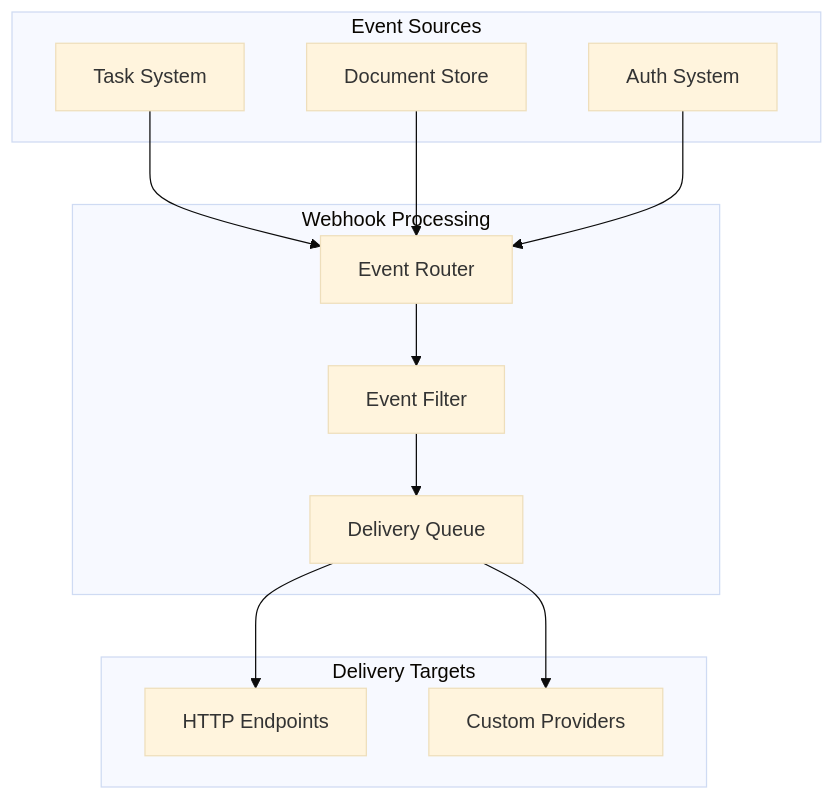
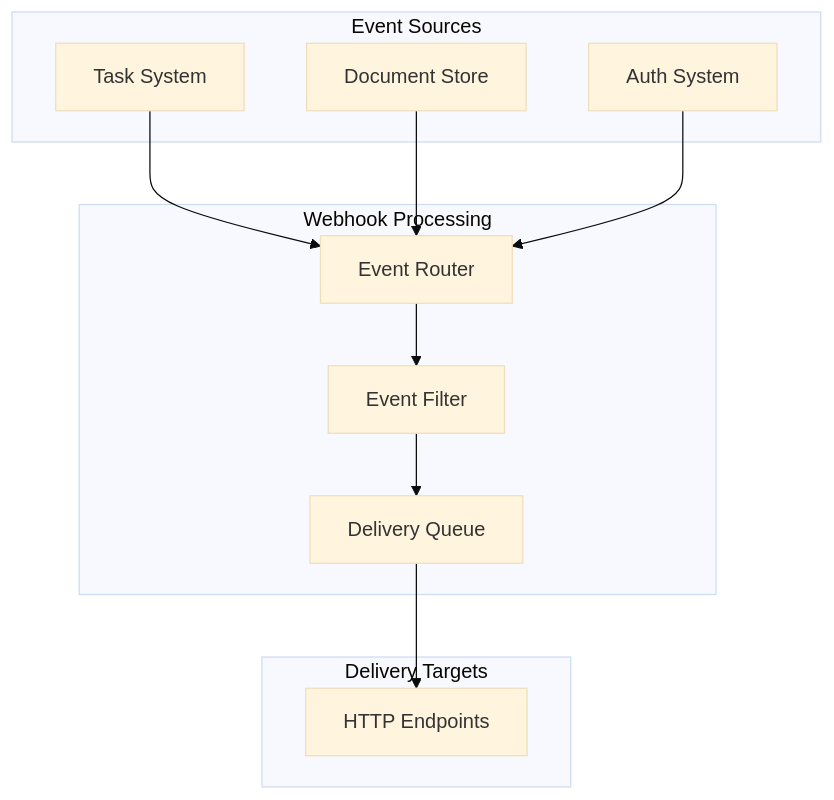
One commit to flxbl-io/docs-sfp changed the third of 8 diagrams in running-sfp-as-a-server/sfp-pro-server-architecture-overview/integration-architecture-building-extensions.md. Above: the diagram before and after it, drawn with Mermaid (base theme).

````diff
--- a/running-sfp-as-a-server/sfp-pro-server-architecture-overview/integration-architecture-building-extensions.md
+++ b/running-sfp-as-a-server/sfp-pro-server-architecture-overview/integration-architecture-building-extensions.md
@@ -99,28 +99,26 @@
 ```mermaid
 graph TD
     subgraph "Event Sources"
         TS[Task System]
         DS[Document Store]
         Auth[Auth System]
     end
 
     subgraph "Webhook Processing"
         Router[Event Router]
         Filter[Event Filter]
         Queue[Delivery Queue]
     end
 
     subgraph "Delivery Targets"
         HTTP[HTTP Endpoints]
-        Custom[Custom Providers]
     end
 
     TS --> Router
     DS --> Router
     Auth --> Router
   
     Router --> Filter
     Filter --> Queue
     Queue --> HTTP
-    Queue --> Custom
 ```
````
